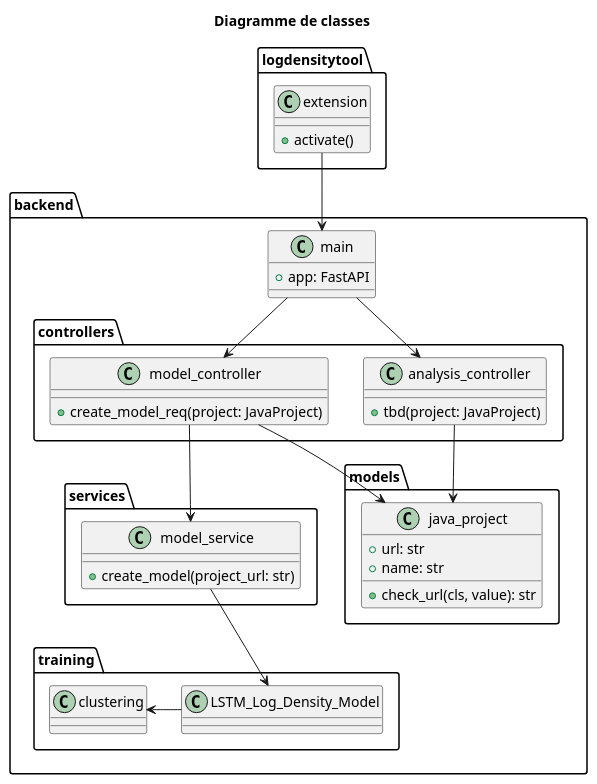
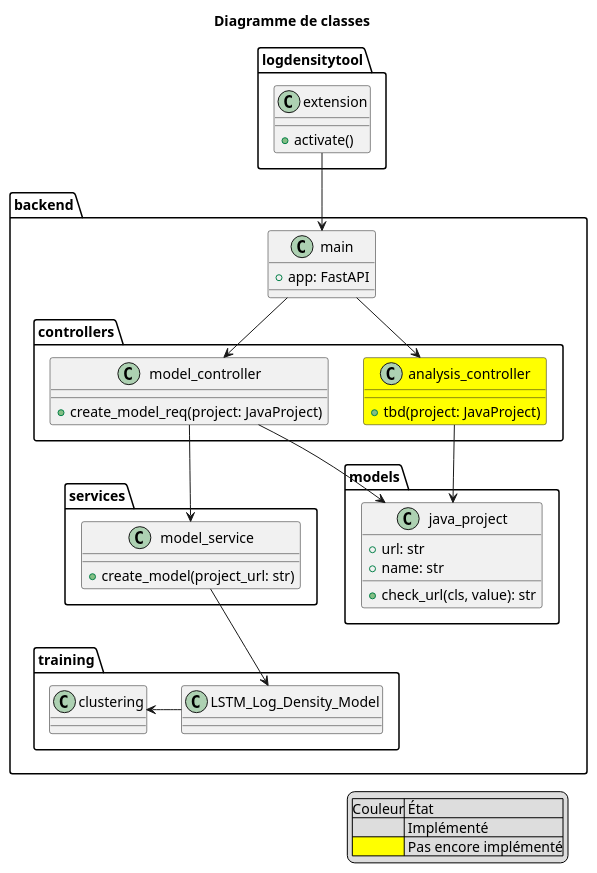
Before and after one commit to DaREf-MS/log-density-plugin: the diagram in artifacts/class.puml, drawn with PlantUML. The commit also changed 3 other files, not shown here.

Commit message:
Updated sequence and class diagrams

```diff
--- a/artifacts/class.puml
+++ b/artifacts/class.puml
@@ -1,60 +1,66 @@
 @startuml
 
 title Diagramme de classes
+
+legend right
+    |Couleur| État |
+    |<#DDDDDD>| Implémenté|
+    |<#FFFF00>| Pas encore implémenté|
+endlegend
 
 package logdensitytool {
     class extension {
         +activate()
     }
 }
 
 package backend {
     class main {
         +app: FastAPI
     }
 
     package controllers {
         class model_controller {
             +create_model_req(project: JavaProject)
         }
 
-        class analysis_controller {
+        class analysis_controller #FFFF00 {
             +tbd(project: JavaProject)
         }
     }
 
     package services {
         class model_service {
             +create_model(project_url: str)
         }
     }
 
     package models {
         class java_project {
             +url: str
             +name: str
             +check_url(cls, value): str
         }
     }
 
     package training {
         class LSTM_Log_Density_Model
         class clustering
     }
 }
 
 
 extension --> main
 
 main --> model_controller
 main --> analysis_controller
 
 model_controller --> java_project
 analysis_controller --> java_project
 
 model_controller --> model_service
 
 model_service --> LSTM_Log_Density_Model
 LSTM_Log_Density_Model -l-> clustering
 
 @enduml
```
